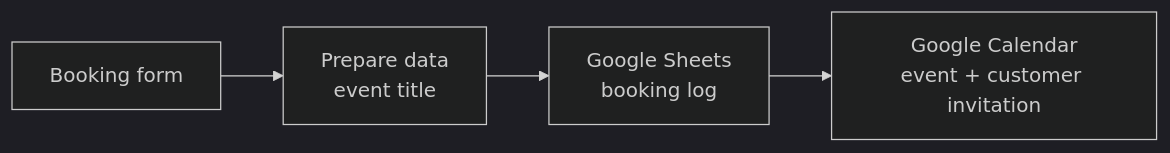
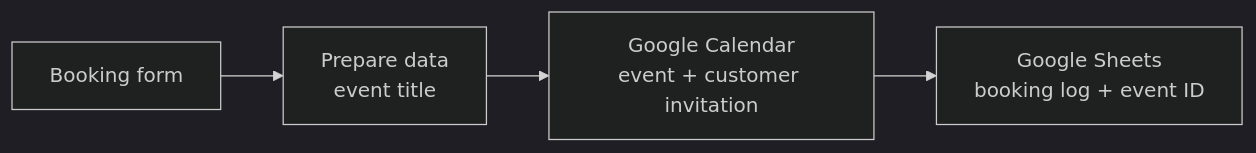
One commit to ignacioerausquin3/sistema-turnos-n8n changed the diagram in README.md. Above: the diagram before and after it, drawn with Mermaid (dark theme). The commit also changed other lines of this file and 2 other files, not shown here.

First line of the commit message:
Create the calendar event first and store its ID in the sheet

````diff
--- a/README.md
+++ b/README.md
@@ -20,6 +20,6 @@
 ```mermaid
 flowchart LR
     A[Booking form] --> B[Prepare data<br/>event title]
-    B --> C[Google Sheets<br/>booking log]
-    C --> D[Google Calendar<br/>event + customer invitation]
+    B --> C[Google Calendar<br/>event + customer invitation]
+    C --> D[Google Sheets<br/>booking log + event ID]
 ```
````
